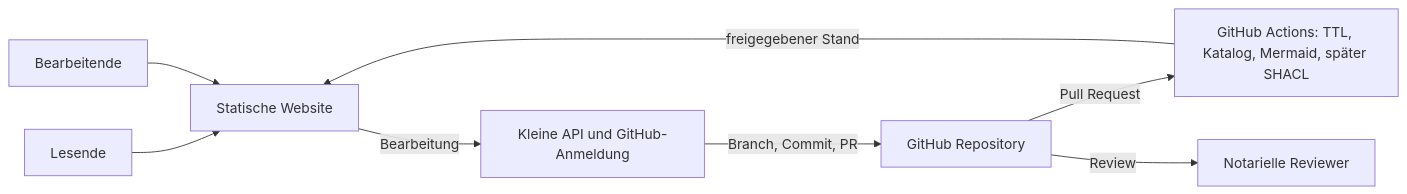
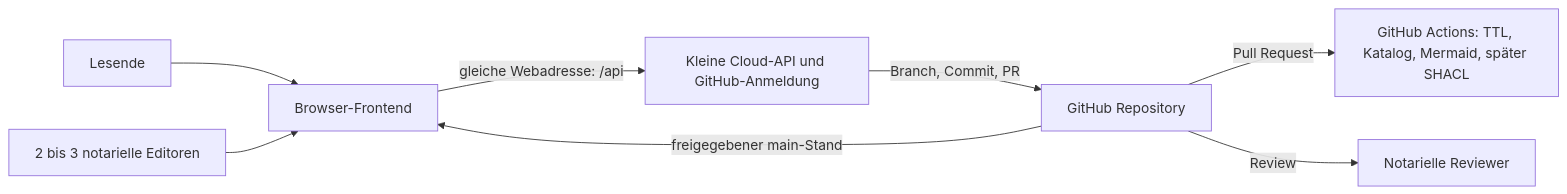
The diagram in docs/research/2026-09-28-saas-architektur-palantir-open-source.md (notariat8/ontology), drawn with Mermaid before and after one commit. The commit also changed other lines of this file, not shown here.

Commit message:
Clarify single-repository hosted editor architecture

````diff
--- a/docs/research/2026-09-28-saas-architektur-palantir-open-source.md
+++ b/docs/research/2026-09-28-saas-architektur-palantir-open-source.md
@@ -31,10 +31,10 @@
 ```mermaid
 flowchart LR
-  L[Lesende] --> W[Statische Website]
-  E[Bearbeitende] --> W
-  W -->|Bearbeitung| A[Kleine API und GitHub-Anmeldung]
+  L[Lesende] --> W[Browser-Frontend]
+  E[2 bis 3 notarielle Editoren] --> W
+  W -->|gleiche Webadresse: /api| A[Kleine Cloud-API und GitHub-Anmeldung]
   A -->|Branch, Commit, PR| G[GitHub Repository]
   G -->|Pull Request| C[GitHub Actions: TTL, Katalog, Mermaid, später SHACL]
   G -->|Review| R[Notarielle Reviewer]
-  C -->|freigegebener Stand| W
+  G -->|freigegebener main-Stand| W
 ```
````
